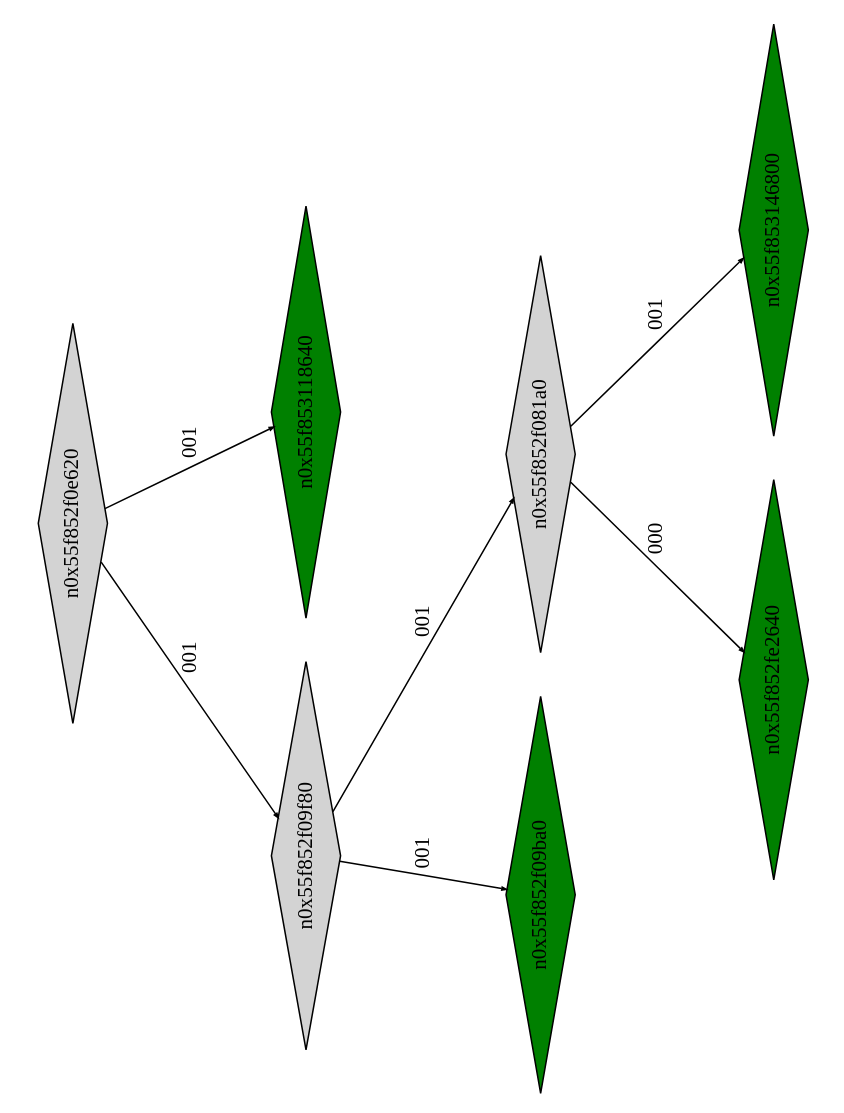
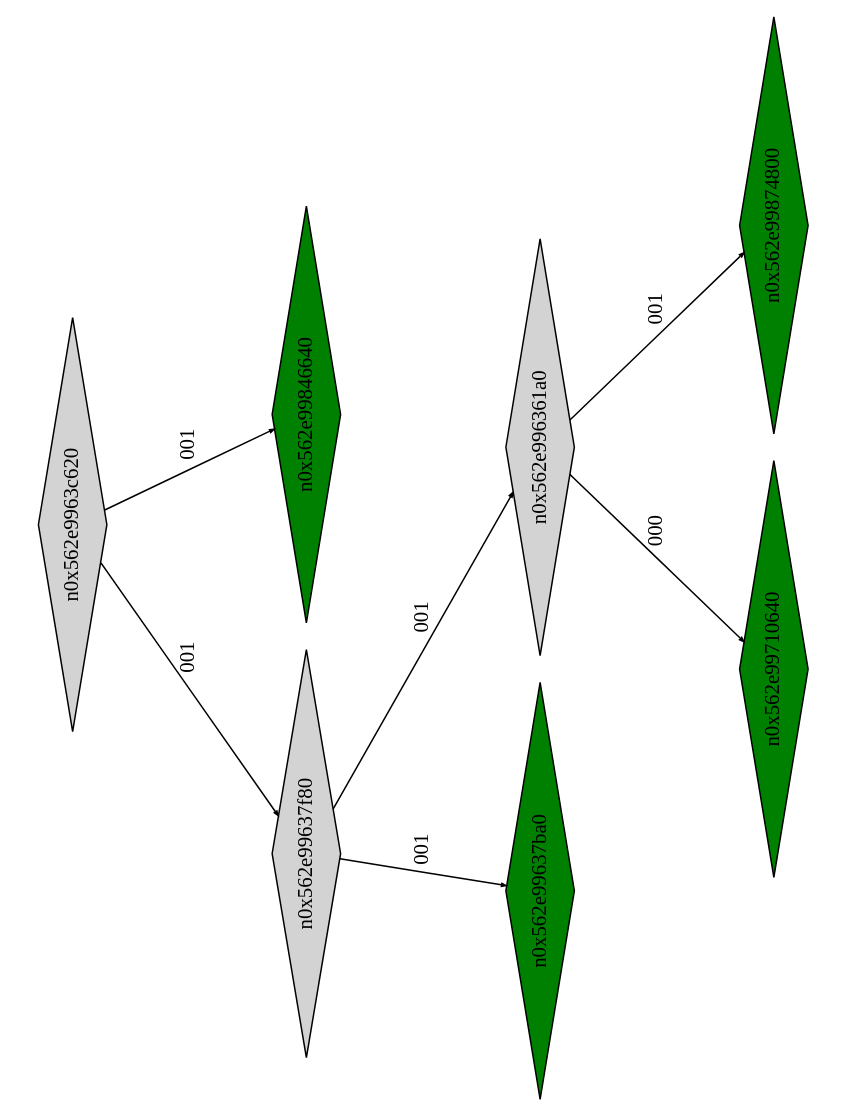
One commit to Research-Tools-PAVT/PSE-Program-Examples changed the diagram in example3_klee_out/ptree_00000320.dot. Above: the diagram before and after it, drawn with Graphviz. The commit also changed 51 other files, not shown here.

```diff
--- a/example3_klee_out/ptree_00000320.dot
+++ b/example3_klee_out/ptree_00000320.dot
@@ -1,21 +1,21 @@
 digraph G {
 	size="10,7.5";
 	ratio=fill;
 	rotate=90;
 	center = "true";
 	node [style="filled",width=.1,height=.1,fontname="Terminus"]
 	edge [arrowsize=.3]
-	n0x55f852f0e620 [shape=diamond];
-	n0x55f852f0e620 -> n0x55f852f09f80 [label=001];
-	n0x55f852f0e620 -> n0x55f853118640 [label=001];
-	n0x55f853118640 [shape=diamond,fillcolor=green];
-	n0x55f852f09f80 [shape=diamond];
-	n0x55f852f09f80 -> n0x55f852f09ba0 [label=001];
-	n0x55f852f09f80 -> n0x55f852f081a0 [label=001];
-	n0x55f852f081a0 [shape=diamond];
-	n0x55f852f081a0 -> n0x55f852fe2640 [label=000];
-	n0x55f852f081a0 -> n0x55f853146800 [label=001];
-	n0x55f853146800 [shape=diamond,fillcolor=green];
-	n0x55f852fe2640 [shape=diamond,fillcolor=green];
-	n0x55f852f09ba0 [shape=diamond,fillcolor=green];
+	n0x562e9963c620 [shape=diamond];
+	n0x562e9963c620 -> n0x562e99637f80 [label=001];
+	n0x562e9963c620 -> n0x562e99846640 [label=001];
+	n0x562e99846640 [shape=diamond,fillcolor=green];
+	n0x562e99637f80 [shape=diamond];
+	n0x562e99637f80 -> n0x562e99637ba0 [label=001];
+	n0x562e99637f80 -> n0x562e996361a0 [label=001];
+	n0x562e996361a0 [shape=diamond];
+	n0x562e996361a0 -> n0x562e99710640 [label=000];
+	n0x562e996361a0 -> n0x562e99874800 [label=001];
+	n0x562e99874800 [shape=diamond,fillcolor=green];
+	n0x562e99710640 [shape=diamond,fillcolor=green];
+	n0x562e99637ba0 [shape=diamond,fillcolor=green];
 }
```
